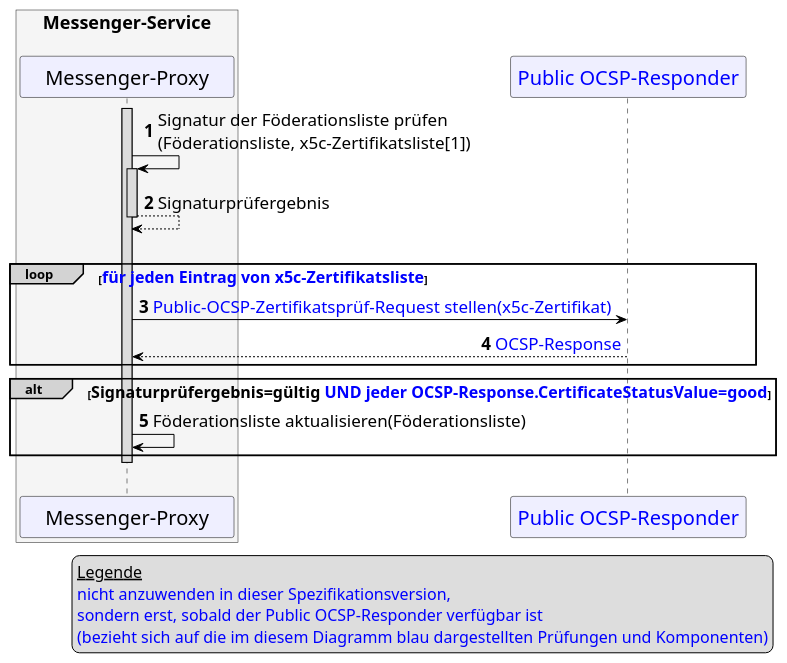
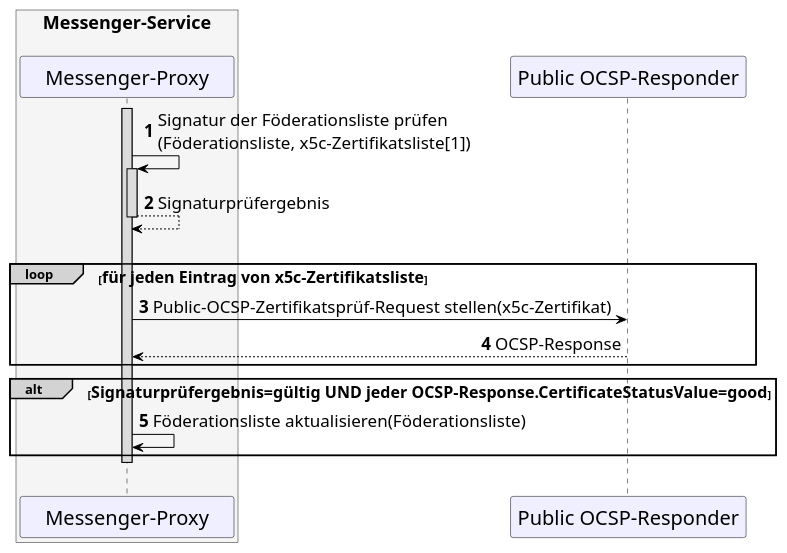
One commit to gematik/api-ti-messenger changed the diagram in src/plantuml/TI-Messenger-Dienst/Ressourcen/UC_Update_Federationlist_SignCheck.puml. Above: the diagram before and after it, drawn with PlantUML. The commit also changed 6 other files, not shown here.

```diff
--- a/src/plantuml/TI-Messenger-Dienst/Ressourcen/UC_Update_Federationlist_SignCheck.puml
+++ b/src/plantuml/TI-Messenger-Dienst/Ressourcen/UC_Update_Federationlist_SignCheck.puml
@@ -9,55 +9,44 @@
 @startuml
 skinparam sequenceMessageAlign direction
 skinparam minClassWidth 200
 skinparam BoxPadding 1
 skinparam sequenceReferenceHeaderBackgroundColor palegreen
 scale max 2048 width
 
 skinparam sequence {
 ArrowColor black
 ArrowFontSize 17
-ActorBorderColor black
 LifeLineBorderColor black
 LifeLineBackgroundColor Gainsboro
 
 ParticipantBorderColor Motivation
 ParticipantBackgroundColor Motivation
 ParticipantFontSize 20
 ParticipantFontColor black
 ParticipantBorderColor Black
 ParticipantBackgroundColor MOTIVATION
 
-ActorBackgroundColor Gainsboro
-ActorFontColor black
-ActorFontSize 20
 }
 
 autonumber
 
 box <size:18>Messenger-Service\n #WhiteSmoke
 participant MP as "Messenger-Proxy"
 end box
-participant OCSP as "<font color=blue>Public OCSP-Responder</font>"
-
-legend bottom right
-    <size:16>__Legende__</size>
-    <size:16><font color=blue>nicht anzuwenden in dieser Spezifikationsversion,</font></size>
-    <size:16><font color=blue>sondern erst, sobald der Public OCSP-Responder verfügbar ist</font></size>
-    <size:16><font color=blue>(bezieht sich auf die im diesem Diagramm blau dargestellten Prüfungen und Komponenten)</font></size>
-endlegend
+participant OCSP as "Public OCSP-Responder"
 
 activate MP
 MP->MP++: Signatur der Föderationsliste prüfen\n(Föderationsliste, x5c-Zertifikatsliste[1])
 return Signaturprüfergebnis
 |||
-loop#LightGrey <size:16><font color=blue>für jeden Eintrag von x5c-Zertifikatsliste</font></size>
-  MP->OCSP: <font color=blue>Public-OCSP-Zertifikatsprüf-Request stellen(x5c-Zertifikat)</font>
-  MP<--OCSP: <font color=blue>OCSP-Response</font>
+loop#LightGrey <size:16>für jeden Eintrag von x5c-Zertifikatsliste</size>
+  MP->OCSP: Public-OCSP-Zertifikatsprüf-Request stellen(x5c-Zertifikat)
+  MP<--OCSP: OCSP-Response
 end
-alt#LightGrey <size:16>Signaturprüfergebnis=gültig <font color=blue>UND jeder OCSP-Response.CertificateStatusValue=good</font></size>
+alt#LightGrey <size:16>Signaturprüfergebnis=gültig UND jeder OCSP-Response.CertificateStatusValue=good</size>
   MP->MP: Föderationsliste aktualisieren(Föderationsliste)
 end
 deactivate MP
 |||
 
 @enduml
```
